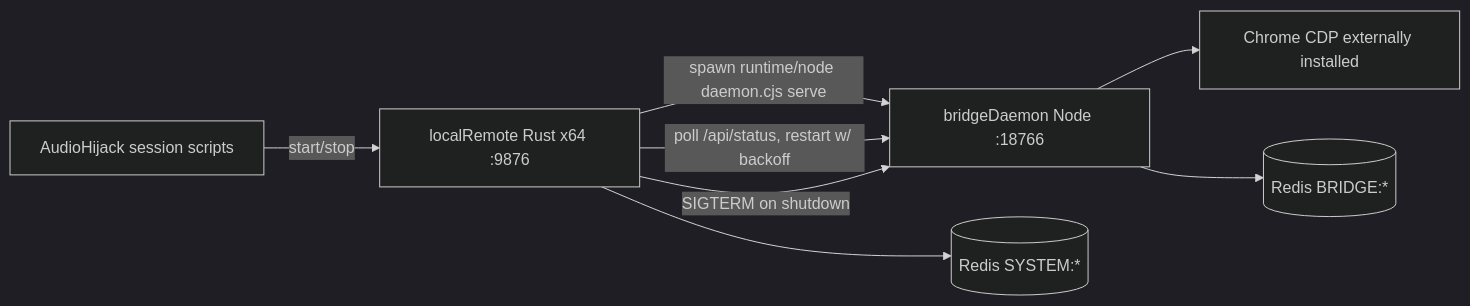
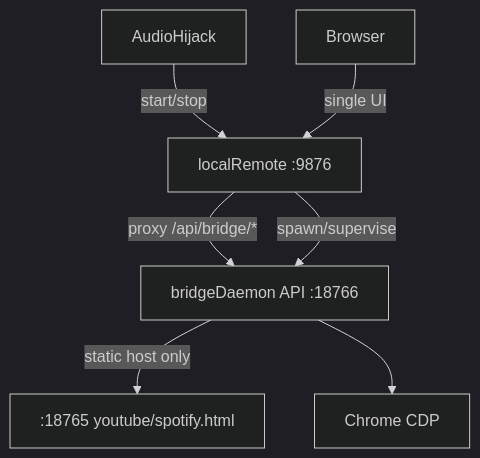
The diagram in .cursor/plans/intel_dj_mac_release_fdc207be.plan.md (albatrocity/radio-room), drawn with Mermaid (dark theme) before and after one commit. The commit also changed other lines of this file and 1 other file, not shown here.

````diff
--- a/.cursor/plans/intel_dj_mac_release_fdc207be.plan.md
+++ b/.cursor/plans/intel_dj_mac_release_fdc207be.plan.md
@@ -52,10 +38,9 @@
 ```mermaid
-flowchart LR
-    ah[AudioHijack session scripts] -->|start/stop| lr[localRemote Rust x64 :9876]
-    lr -->|"spawn runtime/node daemon.cjs serve"| bd[bridgeDaemon Node :18766]
-    lr -->|"poll /api/status, restart w/ backoff"| bd
-    lr -->|SIGTERM on shutdown| bd
-    bd --> chrome[Chrome CDP externally installed]
-    bd --> redis[(Redis BRIDGE:*)]
-    lr --> redis2[(Redis SYSTEM:*)]
+flowchart TB
+  ah[AudioHijack] -->|start/stop| lr[localRemote :9876]
+  browser[Browser] -->|single UI| lr
+  lr -->|proxy /api/bridge/*| bd[bridgeDaemon API :18766]
+  lr -->|spawn/supervise| bd
+  bd -->|static host only| static[:18765 youtube/spotify.html]
+  bd --> chrome[Chrome CDP]
 ```
````
